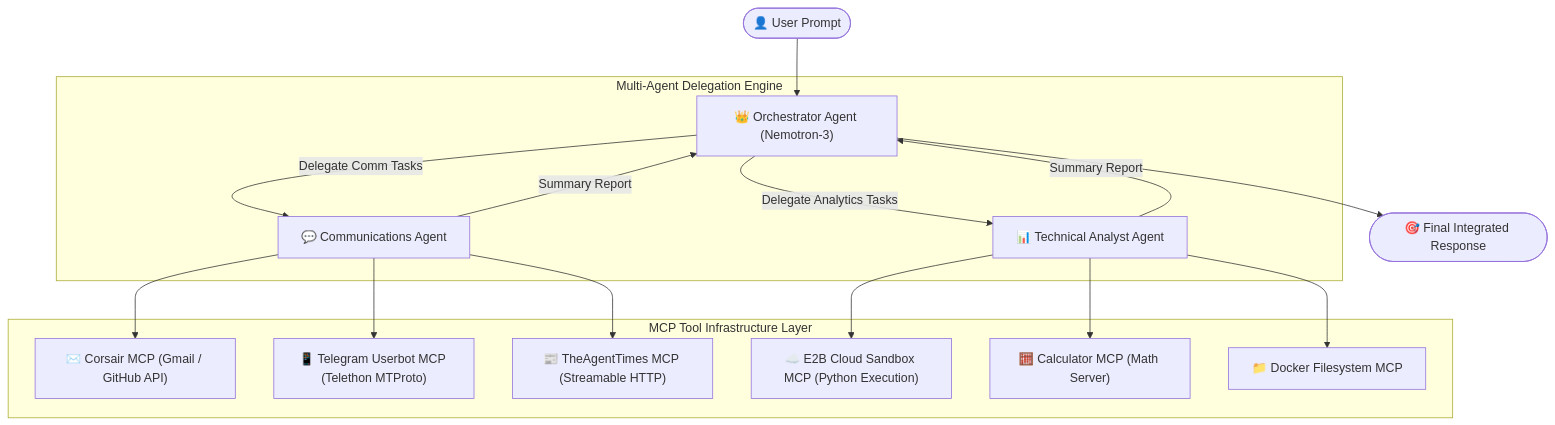
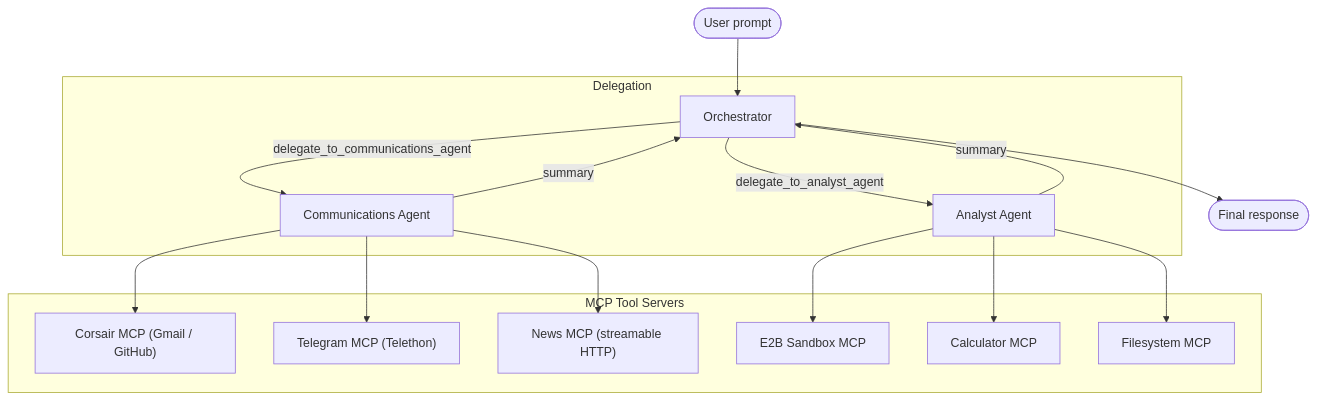
Before and after one commit to maheshn567/agent-sdk-internals: the diagram in README.md, drawn with Mermaid. The commit also changed other lines of this file, not shown here.

````diff
--- a/README.md
+++ b/README.md
@@ -32,23 +32,23 @@
 ```mermaid
 graph TD
-    User(["👤 User Prompt"]) --> Orchestrator["👑 Orchestrator Agent (Nemotron-3)"]
-    
-    subgraph Multi-Agent Delegation Engine
-        Orchestrator -- "Delegate Comm Tasks" --> CommAgent["💬 Communications Agent"]
-        Orchestrator -- "Delegate Analytics Tasks" --> AnalystAgent["📊 Technical Analyst Agent"]
+    User(["User prompt"]) --> Orchestrator["Orchestrator"]
+
+    subgraph Delegation
+        Orchestrator -- "delegate_to_communications_agent" --> CommAgent["Communications Agent"]
+        Orchestrator -- "delegate_to_analyst_agent" --> AnalystAgent["Analyst Agent"]
     end
 
-    subgraph MCP Tool Infrastructure Layer
-        CommAgent --> CorsairMCP["✉️ Corsair MCP (Gmail / GitHub API)"]
-        CommAgent --> TelegramMCP["📱 Telegram Userbot MCP (Telethon MTProto)"]
-        CommAgent --> NewsMCP["📰 TheAgentTimes MCP (Streamable HTTP)"]
-        
-        AnalystAgent --> E2BMCP["☁️ E2B Cloud Sandbox MCP (Python Execution)"]
-        AnalystAgent --> CalcMCP["🧮 Calculator MCP (Math Server)"]
-        AnalystAgent --> FSMCP["📁 Docker Filesystem MCP"]
+    subgraph MCP Tool Servers
+        CommAgent --> CorsairMCP["Corsair MCP (Gmail / GitHub)"]
+        CommAgent --> TelegramMCP["Telegram MCP (Telethon)"]
+        CommAgent --> NewsMCP["News MCP (streamable HTTP)"]
+
+        AnalystAgent --> E2BMCP["E2B Sandbox MCP"]
+        AnalystAgent --> CalcMCP["Calculator MCP"]
+        AnalystAgent --> FSMCP["Filesystem MCP"]
     end
 
-    CommAgent -- "Summary Report" --> Orchestrator
-    AnalystAgent -- "Summary Report" --> Orchestrator
-    Orchestrator --> FinalOutput(["🎯 Final Integrated Response"])
+    CommAgent -- "summary" --> Orchestrator
+    AnalystAgent -- "summary" --> Orchestrator
+    Orchestrator --> FinalOutput(["Final response"])
 ```
````
